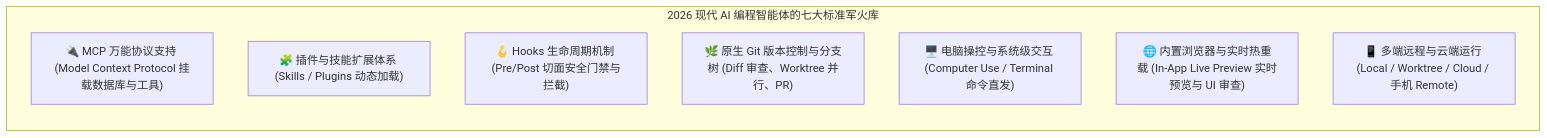
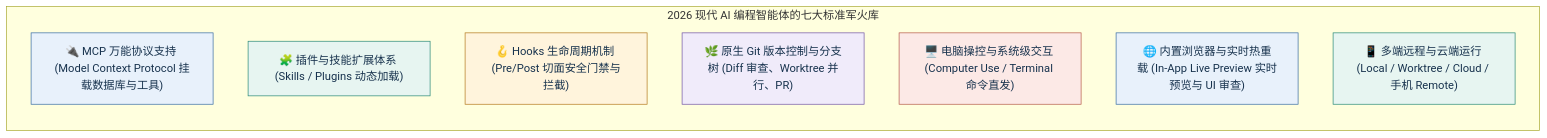
Before and after one commit to buffer121328/vibe-coding-and-agents: the diagram in 07_Codex实战/img/diagrams/01-diagram-02.mmd, drawn with Mermaid. The commit also changed 105 other files, not shown here.

```diff
--- a/07_Codex实战/img/diagrams/01-diagram-02.mmd
+++ b/07_Codex实战/img/diagrams/01-diagram-02.mmd
@@ -1,10 +1,19 @@
 graph LR
     subgraph StandardArsenal ["2026 现代 AI 编程智能体的七大标准军火库"]
         F1["🔌 MCP 万能协议支持 (Model Context Protocol 挂载数据库与工具)"]
         F2["🧩 插件与技能扩展体系 (Skills / Plugins 动态加载)"]
         F3["🪝 Hooks 生命周期机制 (Pre/Post 切面安全门禁与拦截)"]
         F4["🌿 原生 Git 版本控制与分支树 (Diff 审查、Worktree 并行、PR)"]
         F5["🖥️ 电脑操控与系统级交互 (Computer Use / Terminal 命令直发)"]
         F6["🌐 内置浏览器与实时热重载 (In-App Live Preview 实时预览与 UI 审查)"]
         F7["📱 多端远程与云端运行 (Local / Worktree / Cloud / 手机 Remote)"]
     end
+
+%% Academic palette: restrained blue, teal, gold, violet, and coral accents.
+style F1 fill:#E8F1FB,stroke:#3A6EA5,color:#17324D
+style F2 fill:#E7F5F1,stroke:#2B8A78,color:#17324D
+style F3 fill:#FFF4DC,stroke:#B47A1F,color:#17324D
+style F4 fill:#F0EBFA,stroke:#7357A6,color:#17324D
+style F5 fill:#FCE9E6,stroke:#B65C4A,color:#17324D
+style F6 fill:#E8F1FB,stroke:#3A6EA5,color:#17324D
+style F7 fill:#E7F5F1,stroke:#2B8A78,color:#17324D
```
